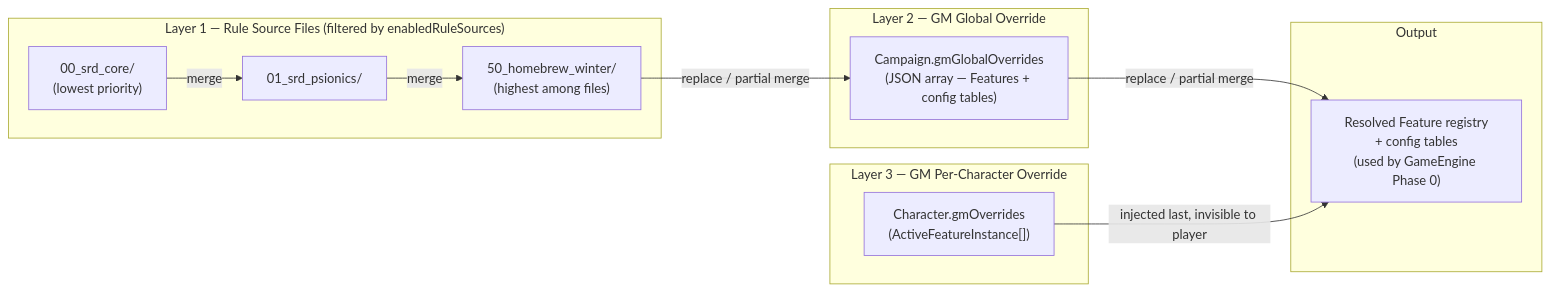
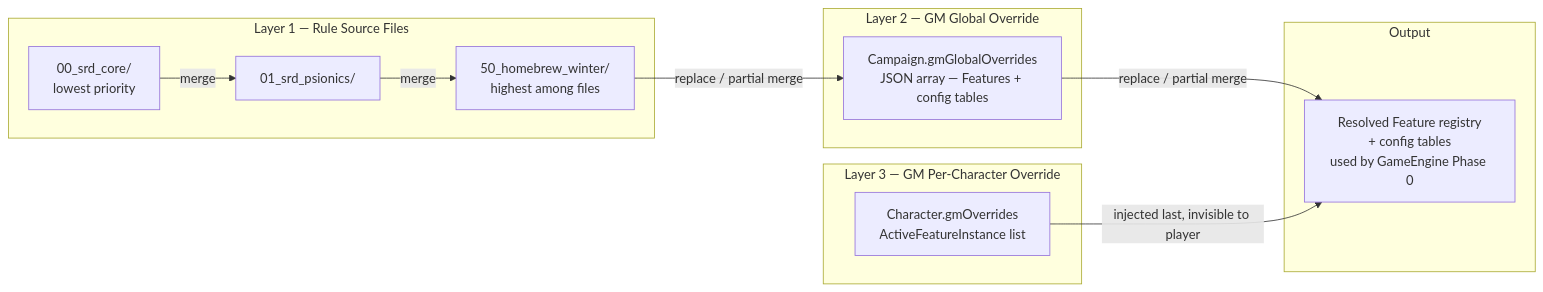
Before and after one commit to tartampluch/character-vault: the fifth of 5 diagrams in ARCHITECTURE.md, drawn with Mermaid. The commit also changed other lines of this file and 3 other files, not shown here.

First line of the commit message:
docs: clarify CharacterContext key conventions and path resolution in GameEngine

````diff
--- a/ARCHITECTURE.md
+++ b/ARCHITECTURE.md
@@ -3947,25 +2905,25 @@
 ```mermaid
 flowchart LR
-    subgraph "Layer 1 — Rule Source Files (filtered by enabledRuleSources)"
-        F1["00_srd_core/\n(lowest priority)"]
-        F2["01_srd_psionics/"]
-        F3["50_homebrew_winter/\n(highest among files)"]
+    subgraph "Layer 1 — Rule Source Files"
+        F1[00_srd_core/<br/>lowest priority]
+        F2[01_srd_psionics/]
+        F3[50_homebrew_winter/<br/>highest among files]
         F1 -->|merge| F2 -->|merge| F3
     end
 
     subgraph "Layer 2 — GM Global Override"
-        GG["Campaign.gmGlobalOverrides\n(JSON array — Features + config tables)"]
+        GG[Campaign.gmGlobalOverrides<br/>JSON array — Features + config tables]
     end
 
     subgraph "Layer 3 — GM Per-Character Override"
-        GC["Character.gmOverrides\n(ActiveFeatureInstance[])"]
+        GC[Character.gmOverrides<br/>ActiveFeatureInstance list]
     end
 
     subgraph "Output"
-        RESOLVED["Resolved Feature registry\n+ config tables\n(used by GameEngine Phase 0)"]
+        RESOLVED[Resolved Feature registry<br/>+ config tables<br/>used by GameEngine Phase 0]
     end
 
     F3 -->|replace / partial merge| GG
     GG -->|replace / partial merge| RESOLVED
     GC -->|injected last, invisible to player| RESOLVED
 ```
````
